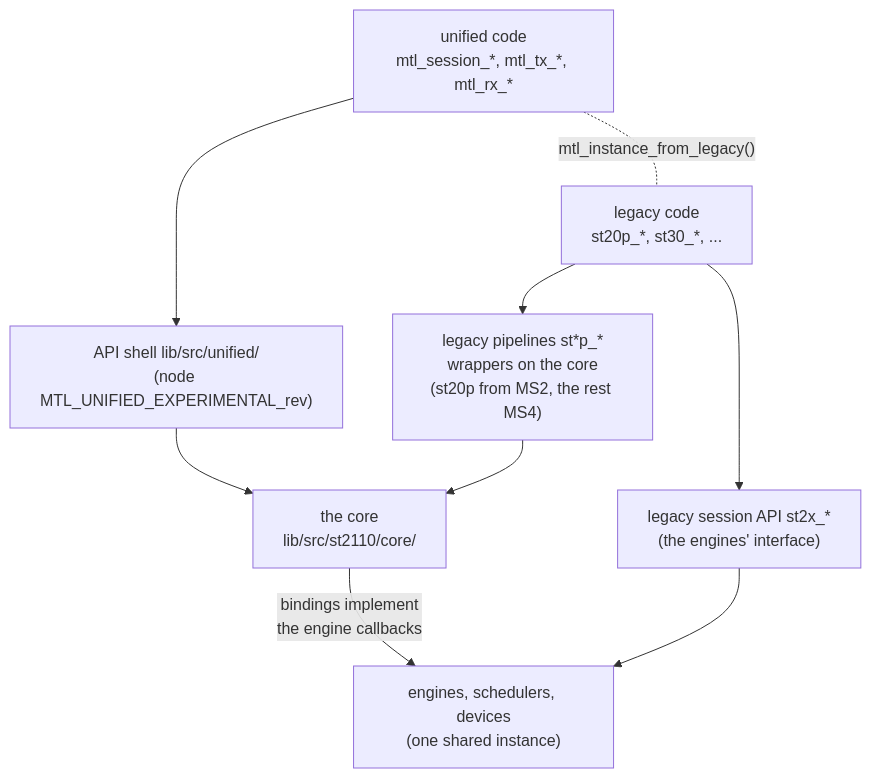
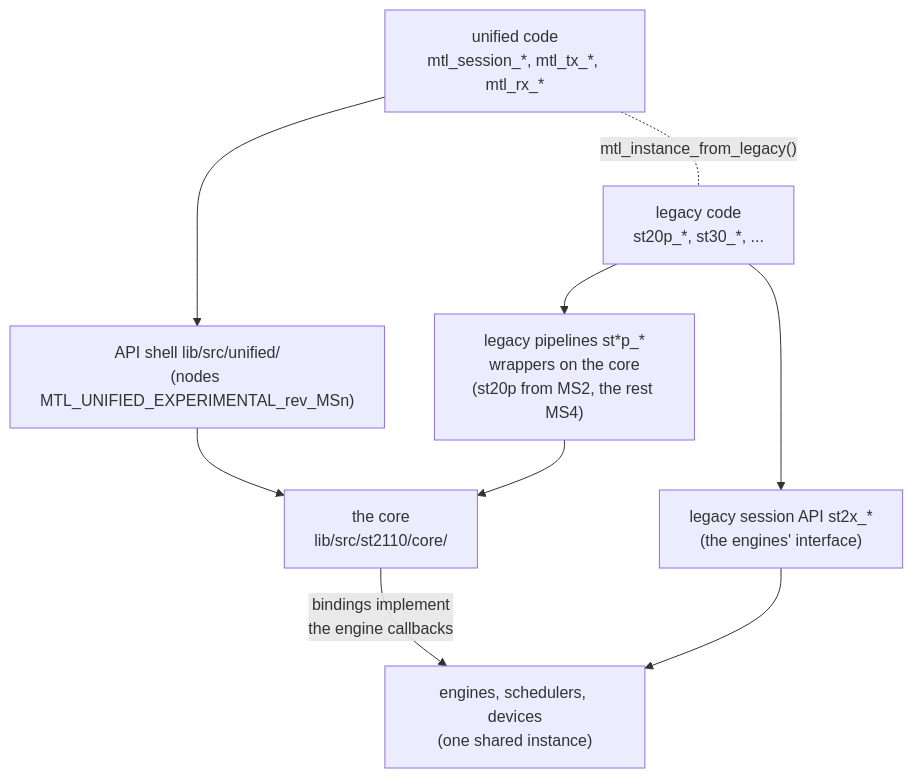
One commit to Sakoram/Media-Transport-Library changed the diagram in doc/unified-api/migration.md. Above: the diagram before and after it, drawn with Mermaid. The commit also changed other lines of this file and 53 other files, not shown here.

First line of the commit message:
Docs: Apply the design round for the unified API

````diff
--- a/doc/unified-api/migration.md
+++ b/doc/unified-api/migration.md
@@ -734,11 +759,11 @@
 ```mermaid
 flowchart TB
     A["legacy code<br/>st20p_*, st30_*, ..."] --> LP["legacy pipelines st*p_*<br/>wrappers on the core<br/>(st20p from MS2, the rest MS4)"]
     A --> LS["legacy session API st2x_*<br/>(the engines' interface)"]
-    B["unified code<br/>mtl_session_*, mtl_tx_*, mtl_rx_*"] --> U["API shell lib/src/unified/<br/>(node MTL_UNIFIED_EXPERIMENTAL_rev)"]
+    B["unified code<br/>mtl_session_*, mtl_tx_*, mtl_rx_*"] --> U["API shell lib/src/unified/<br/>(nodes MTL_UNIFIED_EXPERIMENTAL_rev_MSn)"]
     U --> C["the core<br/>lib/src/st2110/core/"]
     LP --> C
     C -->|"bindings implement<br/>the engine callbacks"| E["engines, schedulers, devices<br/>(one shared instance)"]
     LS --> E
     B -. "mtl_instance_from_legacy()" .- A
 ```
````
